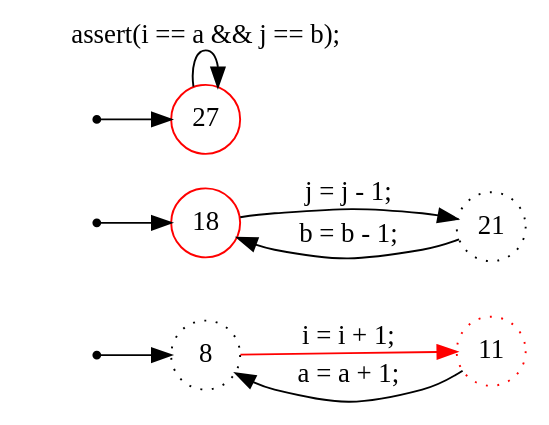
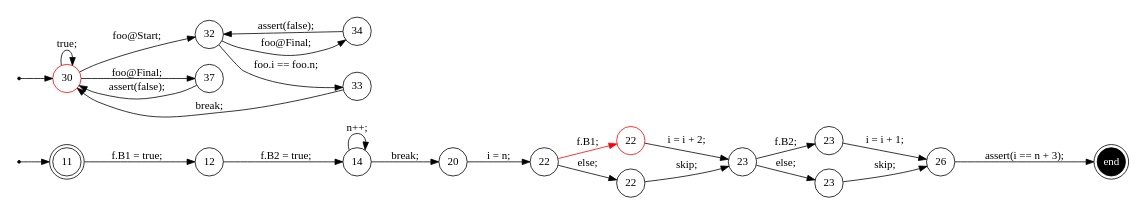
One commit to samilazregsuidi/Daedalux changed the diagram in trace/26.dot. Above: the diagram before and after it, drawn with Graphviz. The commit also changed 63 other files, not shown here.

```diff
--- a/trace/26.dot
+++ b/trace/26.dot
@@ -1,23 +1,48 @@
 digraph finite_state_machine {
 	rankdir=LR
 	size="8,5"
-	94105801518480 [label = 8, shape = doublecircle, fixedsize = true]; 
-	s94105801518480 [shape = point];
-	94105801510576 [label = 18, shape = doublecircle, color = red, fixedsize = true]; 
-	s94105801510576 [shape = point];
-	94105801511488 [label = 27, shape = doublecircle, color = red, fixedsize = true]; 
-	s94105801511488 [shape = point];
-	 94105801518480 [label = 8, shape = circle, fixedsize = true , style = dotted];
-	 94105801510304 [label = 11, shape = circle, color = red, fixedsize = true , style = dotted];
-	 94105801510576 [label = 18, shape = circle, color = red, fixedsize = true ];
-	 94105801511184 [label = 21, shape = circle, fixedsize = true , style = dotted];
-	 94105801511488 [label = 27, shape = circle, color = red, fixedsize = true ];
-	s94105801518480 -> 94105801518480;
-	s94105801510576 -> 94105801510576;
-	s94105801511488 -> 94105801511488;
-	94105801518480 -> 94105801510304 [color = red, label = "i = i + 1; "];
-	94105801510304 -> 94105801518480 [ label = "a = a + 1; "];
-	94105801510576 -> 94105801511184 [ label = "j = j - 1; "];
-	94105801511184 -> 94105801510576 [ label = "b = b - 1; "];
-	94105801511488 -> 94105801511488 [ label = "assert(i == a && j == b); "];
+	93824993311008 [label = 11, shape = doublecircle, fixedsize = true]; 
+	s93824993311008 [shape = point];
+	93824993307216 [label = 30, shape = doublecircle, color = red, fixedsize = true]; 
+	s93824993307216 [shape = point];
+	e93824993306544 [shape = doublecircle, fixedsize = true, style = filled, fillcolor = black, fontcolor = white,  label = end];
+	 93824993312480 [label = 12, shape = circle, fixedsize = true ];
+	 93824993302560 [label = 14, shape = circle, fixedsize = true ];
+	 93824993303360 [label = 20, shape = circle, fixedsize = true ];
+	 93824993303680 [label = 22, shape = circle, fixedsize = true ];
+	 93824993304480 [label = 22, shape = circle, color = red, fixedsize = true ];
+	 93824993305200 [label = 22, shape = circle, fixedsize = true ];
+	 93824993304992 [label = 23, shape = circle, fixedsize = true ];
+	 93824993306032 [label = 23, shape = circle, fixedsize = true ];
+	 93824993306752 [label = 23, shape = circle, fixedsize = true ];
+	 93824993306544 [label = 26, shape = circle, fixedsize = true ];
+	 93824993307216 [label = 30, shape = circle, color = red, fixedsize = true ];
+	 93824993307984 [label = 32, shape = circle, fixedsize = true ];
+	 93824993308816 [label = 33, shape = circle, fixedsize = true ];
+	 93824993309536 [label = 34, shape = circle, fixedsize = true ];
+	 93824993310048 [label = 37, shape = circle, fixedsize = true ];
+	s93824993311008 -> 93824993311008;
+	s93824993307216 -> 93824993307216;
+	93824993311008 -> 93824993312480 [ label = "f.B1 = true; "];
+	93824993312480 -> 93824993302560 [ label = "f.B2 = true; "];
+	93824993302560 -> 93824993303360 [ label = "break; "];
+	93824993302560 -> 93824993302560 [ label = "n++; "];
+	93824993303360 -> 93824993303680 [ label = "i = n; "];
+	93824993303680 -> 93824993304480 [color = red, label = "f.B1; "];
+	93824993304480 -> 93824993304992 [ label = "i = i + 2; "];
+	93824993303680 -> 93824993305200 [ label = "else; "];
+	93824993305200 -> 93824993304992 [ label = "skip; "];
+	93824993304992 -> 93824993306032 [ label = "f.B2; "];
+	93824993306032 -> 93824993306544 [ label = "i = i + 1; "];
+	93824993304992 -> 93824993306752 [ label = "else; "];
+	93824993306752 -> 93824993306544 [ label = "skip; "];
+	93824993306544 -> e93824993306544 [ label = "assert(i == n + 3); "];
+	93824993307216 -> 93824993307984 [ label = "foo@Start; "];
+	93824993307984 -> 93824993308816 [ label = "foo.i == foo.n; "];
+	93824993308816 -> 93824993307216 [ label = "break; "];
+	93824993307984 -> 93824993309536 [ label = "foo@Final; "];
+	93824993309536 -> 93824993307984 [ label = "assert(false); "];
+	93824993307216 -> 93824993310048 [ label = "foo@Final; "];
+	93824993310048 -> 93824993307216 [ label = "assert(false); "];
+	93824993307216 -> 93824993307216 [ label = "true; "];
 }
```
